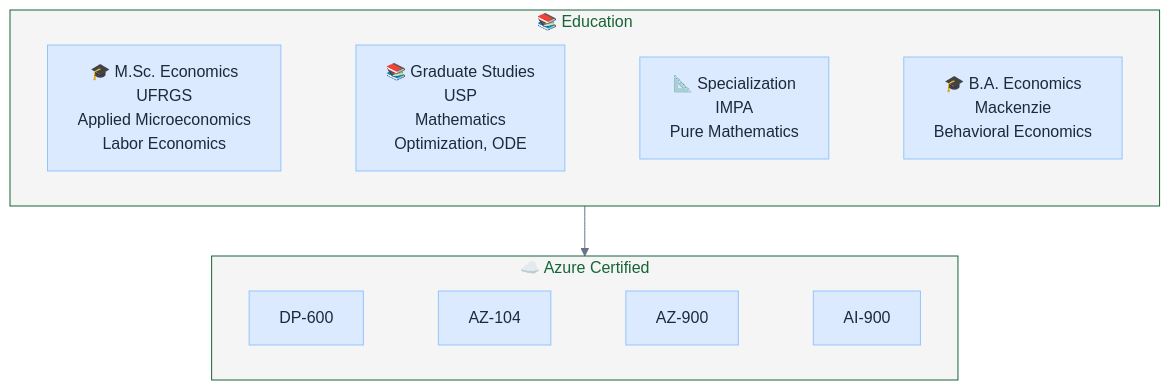
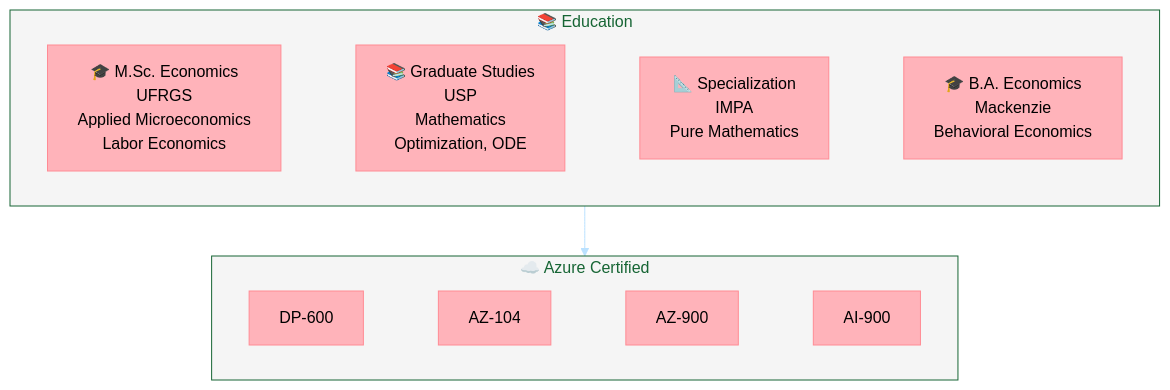
Before and after one commit to Cataldir/Cataldir: the diagram in README.md, drawn with Mermaid. The commit also changed other lines of this file, not shown here.

Commit message:
Update profile README role narrative

````diff
--- a/README.md
+++ b/README.md
@@ -87,29 +90,25 @@
 ```mermaid
-%%{init: {'theme': 'base', 'themeVariables': {
-  'background': '#f5f5f5',
-  'primaryColor': '#dbeafe',
-  'primaryBorderColor': '#93c5fd',
-  'primaryTextColor': '#1e293b',
-  'secondaryColor': '#e0f2fe',
-  'tertiaryColor': '#f0f9ff',
-  'lineColor': '#64748b',
-  'clusterBkg': '#f5f5f5',
-  'clusterBorder': '#cbd5e1',
-  'titleColor': '#166534'
+%%{init: {'theme':'base', 'themeVariables': {
+    'primaryColor':'#FFB3BA',
+    'primaryTextColor':'#000',
+    'primaryBorderColor':'#FF8B94',
+    'lineColor':'#BAE1FF',
+    'secondaryColor':'#BAE1FF',
+    'tertiaryColor':'#FFFFFF'
 }}}%%
 flowchart TB
     subgraph edu["📚 Education"]
         direction LR
         msc2["🎓 M.Sc. Economics<br>UFRGS<br>Applied Microeconomics<br>Labor Economics"] ~~~ msc1["📚 Graduate Studies<br>USP<br>Mathematics<br>Optimization, ODE"] ~~~ impa["📐 Specialization<br>IMPA<br>Pure Mathematics"] ~~~ ba["🎓 B.A. Economics<br>Mackenzie<br>Behavioral Economics"]
     end
 
     subgraph certs["☁️ Azure Certified"]
         direction LR
         dp600["DP-600"] ~~~ az104["AZ-104"] ~~~ az900["AZ-900"] ~~~ ai900["AI-900"]
     end
 
     edu --> certs
 
     style edu fill:#f5f5f5,stroke:#166534,color:#166534
     style certs fill:#f5f5f5,stroke:#166534,color:#166534
 ```
````
